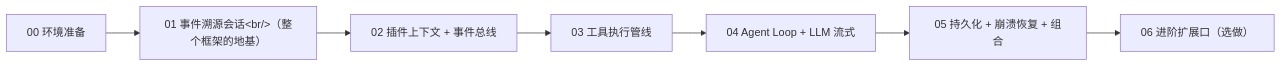
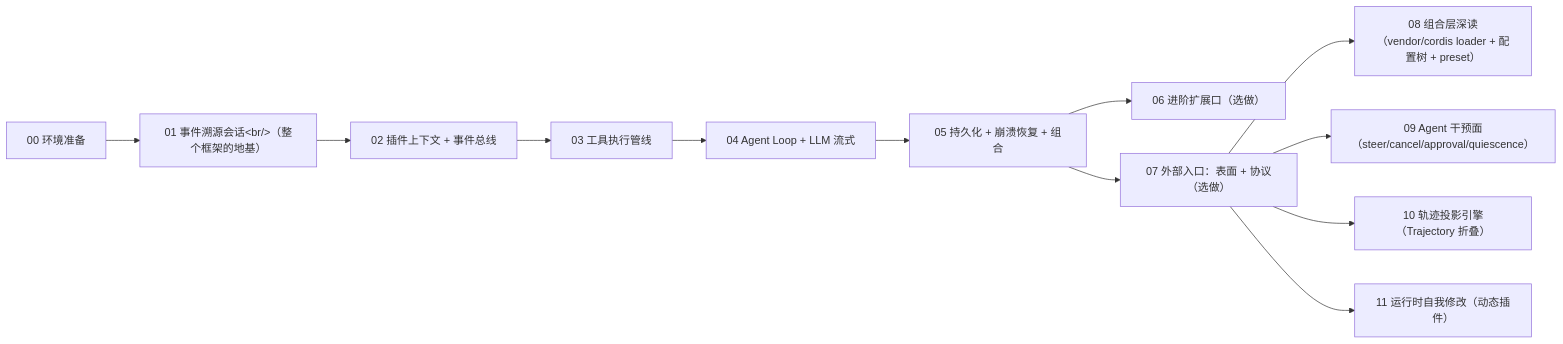
Before and after one commit to ZZKeepCurious/mini-deepseek-harness-python: the diagram in docs/README.md, drawn with Mermaid. The commit also changed other lines of this file and 21 other files, not shown here.

Commit message:
docs: handbook ch 05-12 (composition, entry points, intervention, trajectory, dynamic plugins, async tools), report pages, README/ROADMAP status sync for stages 5-13 (398 tests)

````diff
--- a/docs/README.md
+++ b/docs/README.md
@@ -22,9 +22,14 @@
 ```mermaid
 flowchart LR
   A["00 环境准备"] --> B["01 事件溯源会话&lt;br/&gt;（整个框架的地基）"]
   B --> C["02 插件上下文 + 事件总线"]
   C --> D["03 工具执行管线"]
   D --> E["04 Agent Loop + LLM 流式"]
   E --> F["05 持久化 + 崩溃恢复 + 组合"]
   F --> G["06 进阶扩展口（选做）"]
+  F --> H["07 外部入口：表面 + 协议（选做）"]
+  H --> I["08 组合层深读（vendor/cordis loader + 配置树 + preset）"]
+  H --> J["09 Agent 干预面（steer/cancel/approval/quiescence）"]
+  H --> K["10 轨迹投影引擎（Trajectory 折叠）"]
+  H --> L["11 运行时自我修改（动态插件）"]
 ```
````
